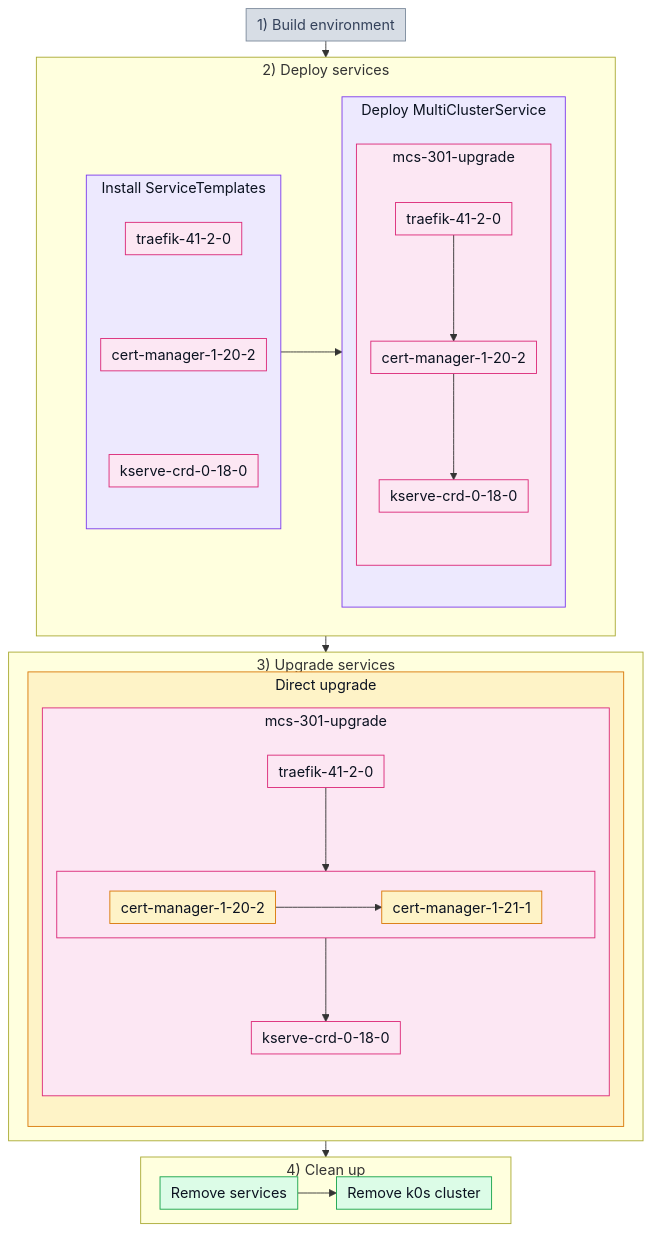
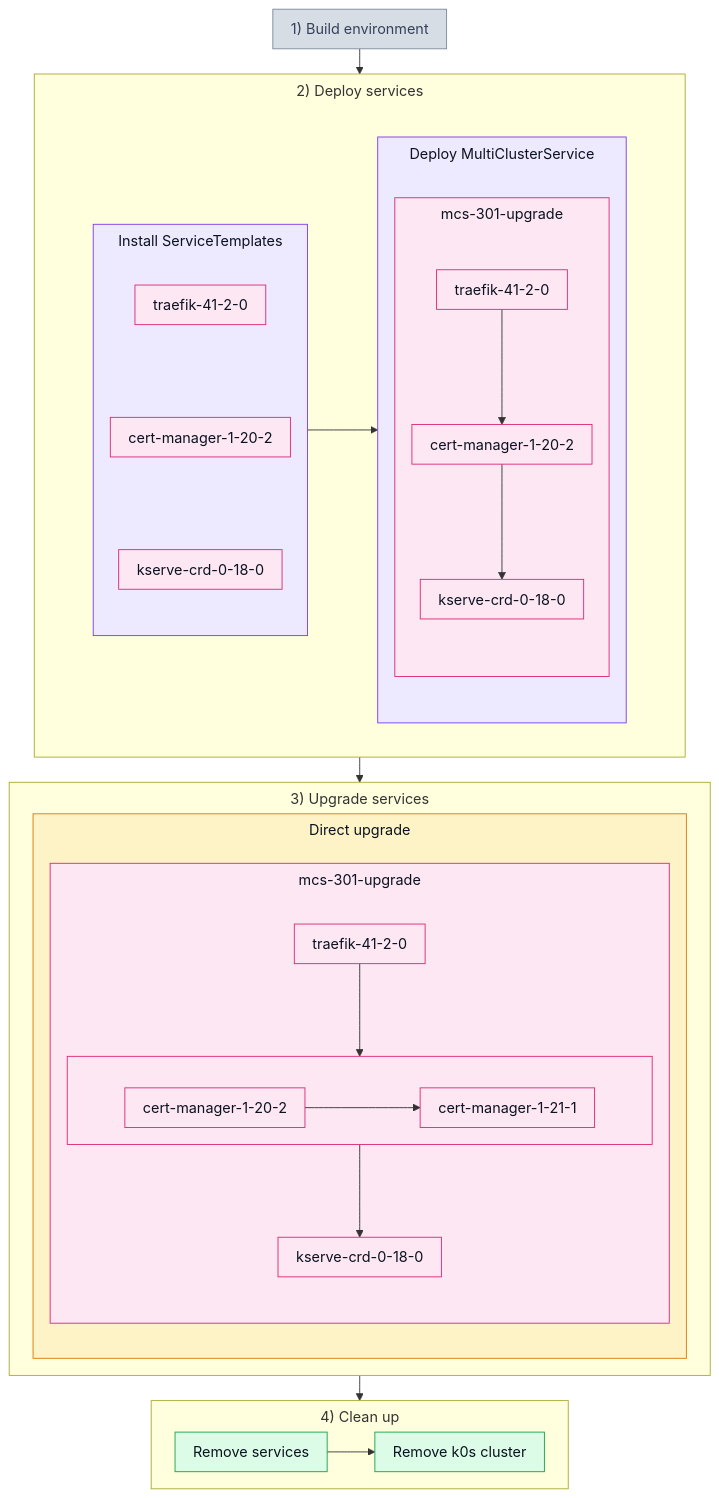
The diagram in test_scenarios/301_upgrade.md (josef-hak/ksm-tests), drawn with Mermaid before and after one commit.

Commit message:
docs: pink upgrade pair, restore the original spacing

````diff
--- a/test_scenarios/301_upgrade.md
+++ b/test_scenarios/301_upgrade.md
@@ -21,64 +21,64 @@
 ```mermaid
-%%{init: {'flowchart': {'diagramPadding': 4, 'padding': 6, 'nodeSpacing': 12, 'rankSpacing': 18, 'subGraphTitleMargin': {'top': 2, 'bottom': 4}}}}%%
+%%{init: {'flowchart': {'padding': 10, 'nodeSpacing': 18, 'rankSpacing': 28, 'subGraphTitleMargin': {'top': 6, 'bottom': 10}}}}%%
 flowchart TB
     P1["1) Build environment"]
 
     subgraph P2["2) Deploy services"]
         subgraph W2[" "]
             direction LR
             subgraph D1["Install ServiceTemplates"]
                 direction TB
                 T1["traefik-41-2-0"] ~~~ T2["cert-manager-1-20-2"] ~~~ T3["kserve-crd-0-18-0"]
             end
 
             subgraph D2["Deploy MultiClusterService"]
                 subgraph DM["mcs-301-upgrade"]
                     direction TB
                     M1["traefik-41-2-0"] --> M2["cert-manager-1-20-2"] --> M3["kserve-crd-0-18-0"]
                 end
             end
 
             D1 --> D2
         end
     end
 
     subgraph P3["3) Upgrade services"]
         subgraph U1["Direct upgrade"]
             subgraph UM["mcs-301-upgrade"]
                 direction TB
                 V1["traefik-41-2-0"] --> UC
 
                 %% Own left-to-right box, the only way to keep the two versions
                 %% on one row: an arrow between them would rank 1.21.1 lower.
                 %% Linked box to box, not node to node -- a node reaching out of
                 %% a subgraph makes mermaid drop its direction.
                 subgraph UC[" "]
                     direction LR
                     V2["cert-manager-1-20-2"] --> V4["cert-manager-1-21-1"]
                 end
 
                 UC --> V3["kserve-crd-0-18-0"]
             end
         end
     end
 
     subgraph P4["4) Clean up"]
         C1["Remove services"] --> C2["Remove k0s cluster"]
     end
 
     P1 --> P2 --> P3 --> P4
 
     classDef off fill:#d7dde5,stroke:#7c8a9c,color:#33415a
     classDef purple fill:#ede9fe,stroke:#7c3aed,color:#0b1220
     classDef pink fill:#fce7f3,stroke:#db2777,color:#0b1220
     classDef amber fill:#fef3c7,stroke:#d97706,color:#0b1220
     classDef green fill:#dcfce7,stroke:#16a34a,color:#0b1220
     classDef bare fill:none,stroke:none
 
     class P1 off
     class D1,D2 purple
-    class DM,T1,T2,T3,M1,M2,M3,UM,UC,V1,V3 pink
-    class U1,V2,V4 amber
+    class DM,T1,T2,T3,M1,M2,M3,UM,UC,V1,V2,V3,V4 pink
+    class U1 amber
     class C1,C2 green
     class W2 bare
 ```
````
